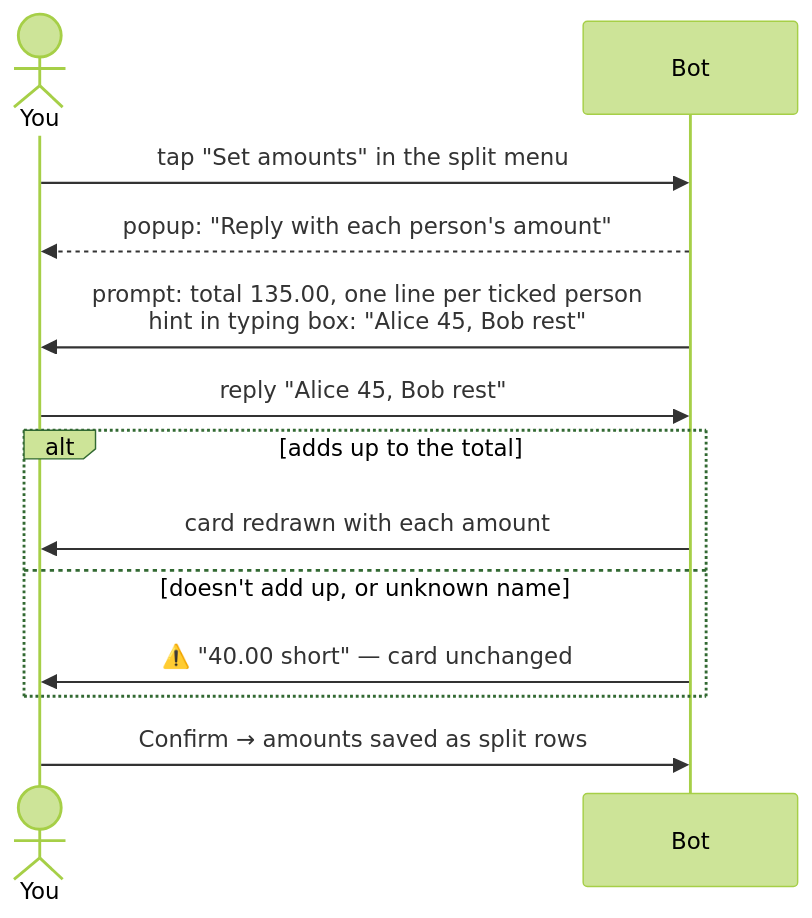
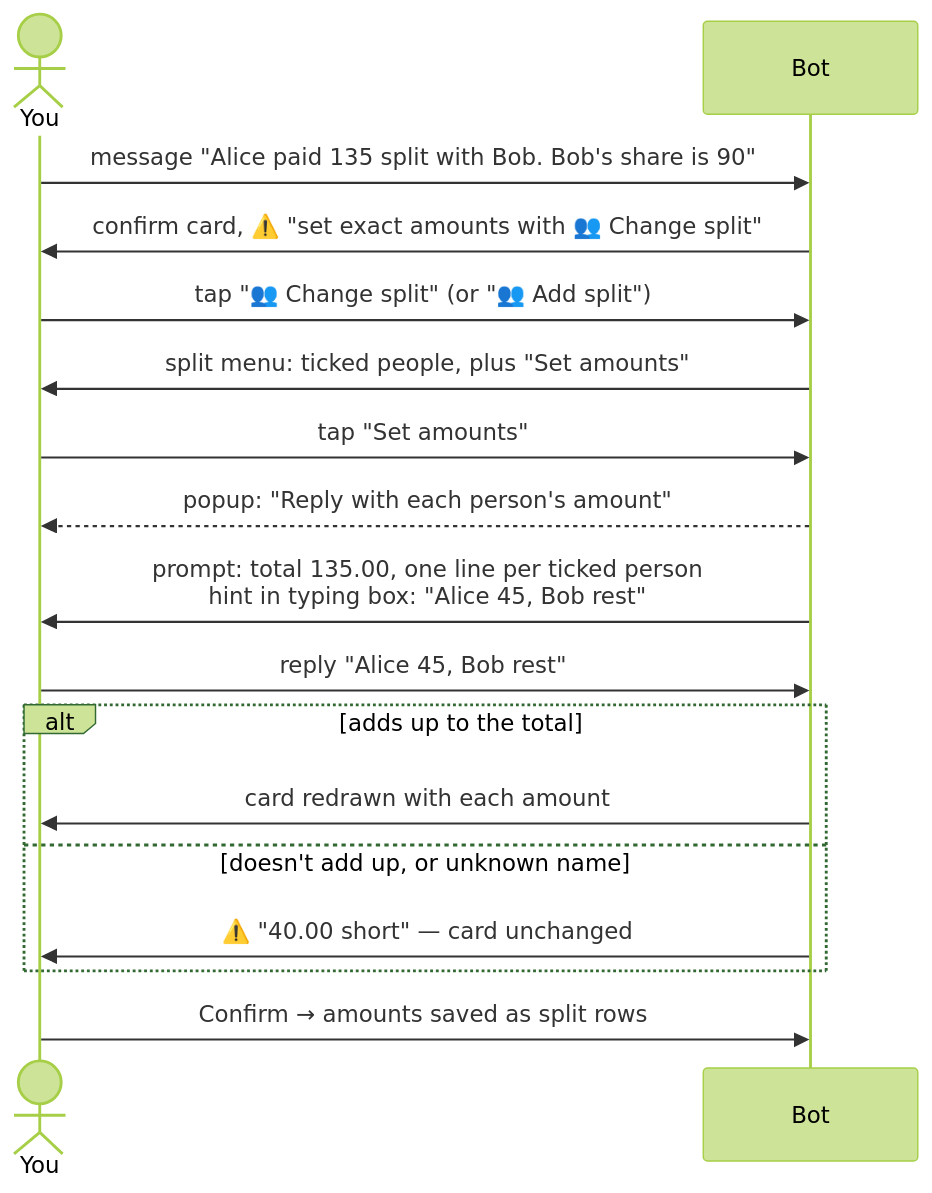
One commit to sujayjangam/unified-ledger-pipeline changed the diagram in docs/decisions/0048-exact-split-amounts-by-reply.md. Above: the diagram before and after it, drawn with Mermaid (forest theme).

Commit message:
docs: ADR-0048 diagram starts from the first message
Claude-Session: https://claude.ai/code/session_01QRoedU5RHus2Qs68poKGpG

````diff
--- a/docs/decisions/0048-exact-split-amounts-by-reply.md
+++ b/docs/decisions/0048-exact-split-amounts-by-reply.md
@@ -14,15 +14,19 @@
 ```mermaid
 sequenceDiagram
     actor U as You
     participant B as Bot
-    U->>B: tap "Set amounts" in the split menu
+    U->>B: message "Alice paid 135 split with Bob. Bob's share is 90"
+    B->>U: confirm card, ⚠️ "set exact amounts with 👥 Change split"
+    U->>B: tap "👥 Change split" (or "👥 Add split")
+    B->>U: split menu: ticked people, plus "Set amounts"
+    U->>B: tap "Set amounts"
     B-->>U: popup: "Reply with each person's amount"
     B->>U: prompt: total 135.00, one line per ticked person<br/>hint in typing box: "Alice 45, Bob rest"
     U->>B: reply "Alice 45, Bob rest"
     alt adds up to the total
         B->>U: card redrawn with each amount
     else doesn't add up, or unknown name
         B->>U: ⚠️ "40.00 short" — card unchanged
     end
     U->>B: Confirm → amounts saved as split rows
 ```
````
